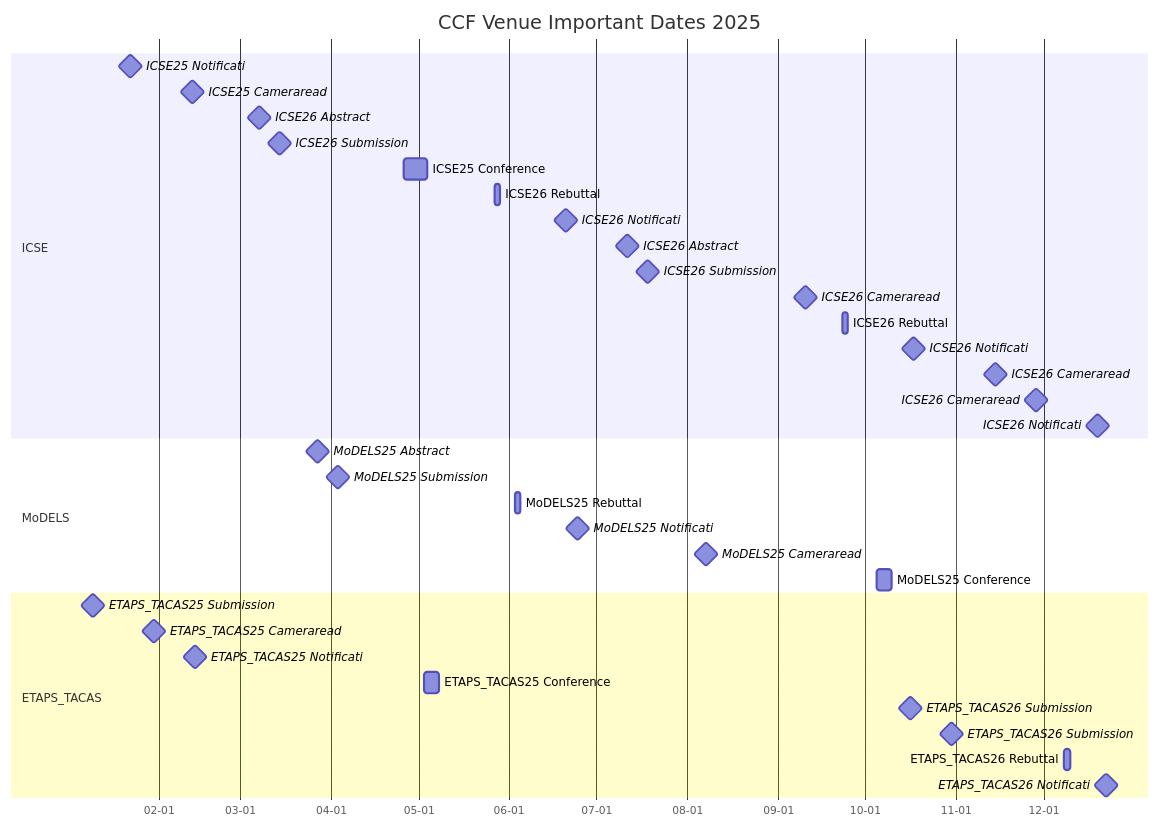
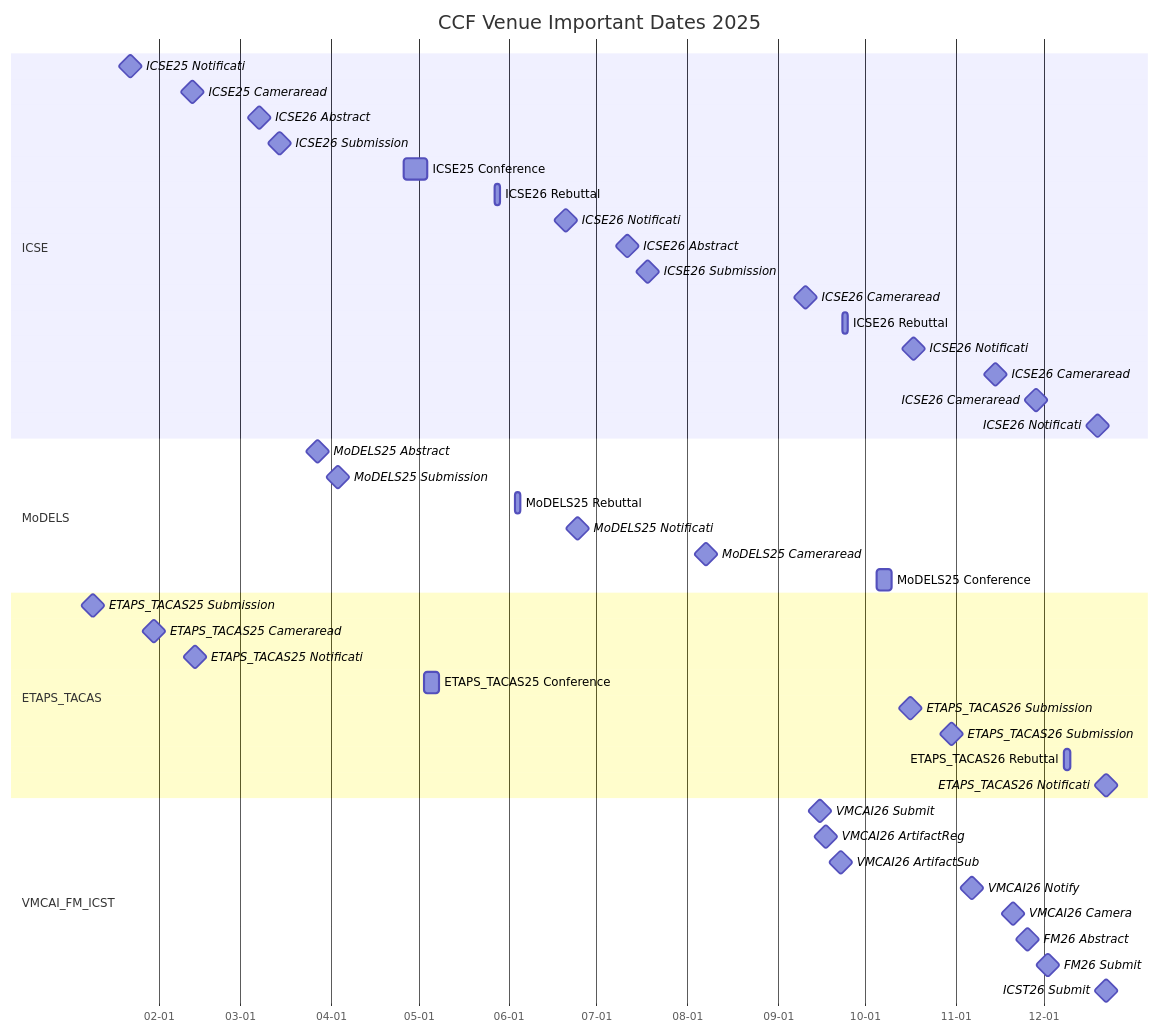
Before and after one commit to HansBug/research_ideas: the fourth of 9 diagrams in ccf_venues/TIMELINE.md, drawn with Mermaid. The commit also changed other lines of this file and 66 other files, not shown here.

````diff
--- a/ccf_venues/TIMELINE.md
+++ b/ccf_venues/TIMELINE.md
@@ -245,42 +345,52 @@
 ```mermaid
 gantt
   title CCF Venue Important Dates 2025
   dateFormat YYYY-MM-DD
   axisFormat %m-%d
 
   section ICSE
   ICSE25 Notificati :milestone, icse2025_1_20250122, 2025-01-22, 1d
   ICSE25 Cameraread :milestone, icse2025_2_20250212, 2025-02-12, 1d
   ICSE26 Abstract :milestone, icse2026_3_20250307, 2025-03-07, 1d
   ICSE26 Submission :milestone, icse2026_4_20250314, 2025-03-14, 1d
   ICSE25 Conference :icse2025_5_20250426, 2025-04-26, 2025-05-04
   ICSE26 Rebuttal :icse2026_6_20250527, 2025-05-27, 2025-05-29
   ICSE26 Notificati :milestone, icse2026_7_20250620, 2025-06-20, 1d
   ICSE26 Abstract :milestone, icse2026_8_20250711, 2025-07-11, 1d
   ICSE26 Submission :milestone, icse2026_9_20250718, 2025-07-18, 1d
   ICSE26 Cameraread :milestone, icse2026_10_20250910, 2025-09-10, 1d
   ICSE26 Rebuttal :icse2026_11_20250923, 2025-09-23, 2025-09-25
   ICSE26 Notificati :milestone, icse2026_12_20251017, 2025-10-17, 1d
   ICSE26 Cameraread :milestone, icse2026_13_20251114, 2025-11-14, 1d
   ICSE26 Cameraread :milestone, icse2026_14_20251128, 2025-11-28, 1d
   ICSE26 Notificati :milestone, icse2026_15_20251219, 2025-12-19, 1d
 
   section MoDELS
   MoDELS25 Abstract :milestone, models2025_1_20250327, 2025-03-27, 1d
   MoDELS25 Submission :milestone, models2025_2_20250403, 2025-04-03, 1d
   MoDELS25 Rebuttal :models2025_3_20250603, 2025-06-03, 2025-06-05
   MoDELS25 Notificati :milestone, models2025_4_20250624, 2025-06-24, 1d
   MoDELS25 Cameraread :milestone, models2025_5_20250807, 2025-08-07, 1d
   MoDELS25 Conference :models2025_6_20251005, 2025-10-05, 2025-10-10
 
   section ETAPS_TACAS
   ETAPS_TACAS25 Submission :milestone, etaps2025_1_20250109, 2025-01-09, 1d
   ETAPS_TACAS25 Cameraread :milestone, etaps2025_2_20250130, 2025-01-30, 1d
   ETAPS_TACAS25 Notificati :milestone, etaps2025_3_20250213, 2025-02-13, 1d
   ETAPS_TACAS25 Conference :etaps2025_4_20250503, 2025-05-03, 2025-05-08
   ETAPS_TACAS26 Submission :milestone, etaps2026_5_20251016, 2025-10-16, 1d
   ETAPS_TACAS26 Submission :milestone, etaps2026_6_20251030, 2025-10-30, 1d
   ETAPS_TACAS26 Rebuttal :etaps2026_7_20251208, 2025-12-08, 2025-12-10
   ETAPS_TACAS26 Notificati :milestone, etaps2026_8_20251222, 2025-12-22, 1d
 
+  section VMCAI_FM_ICST
+  VMCAI26 Submit :milestone, vmcai2026_submit, 2025-09-15, 1d
+  VMCAI26 ArtifactReg :milestone, vmcai2026_artreg, 2025-09-17, 1d
+  VMCAI26 ArtifactSub :milestone, vmcai2026_artsub, 2025-09-22, 1d
+  VMCAI26 Notify :milestone, vmcai2026_notify, 2025-11-06, 1d
+  VMCAI26 Camera :milestone, vmcai2026_camera, 2025-11-20, 1d
+  FM26 Abstract :milestone, fm2026_abs, 2025-11-25, 1d
+  FM26 Submit :milestone, fm2026_submit, 2025-12-02, 1d
+  ICST26 Submit :milestone, icst2026_submit, 2025-12-22, 1d
+
 ```
````
